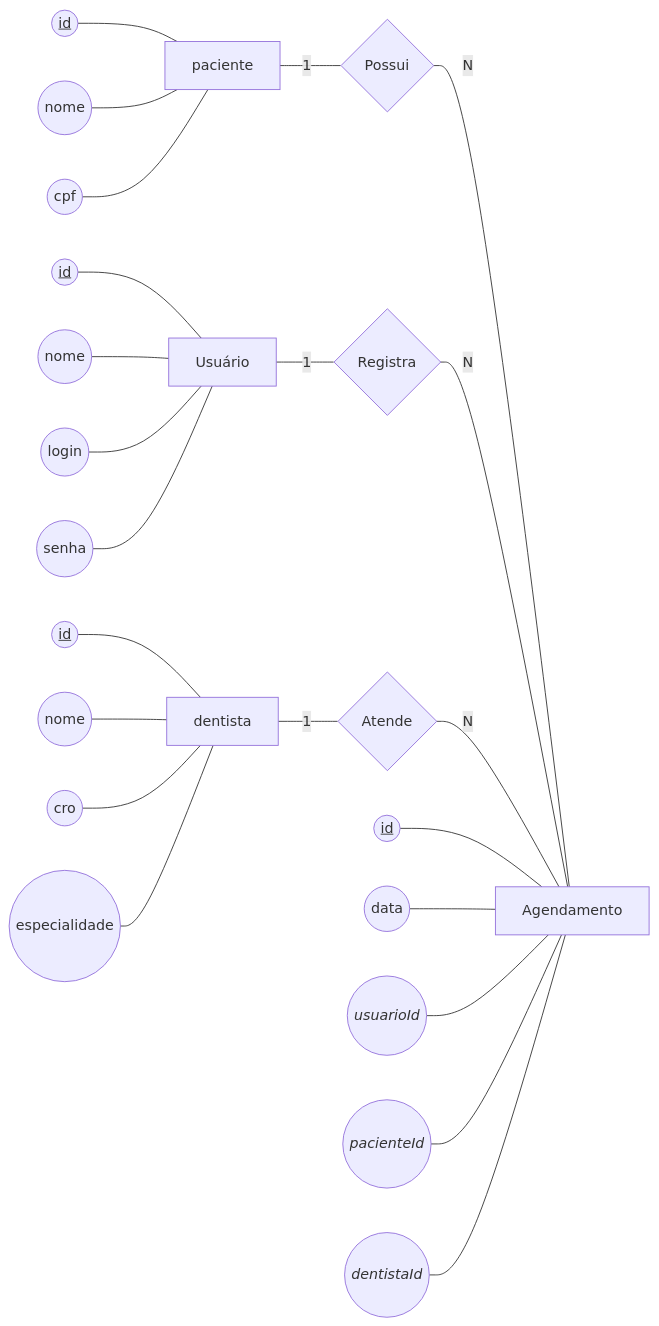
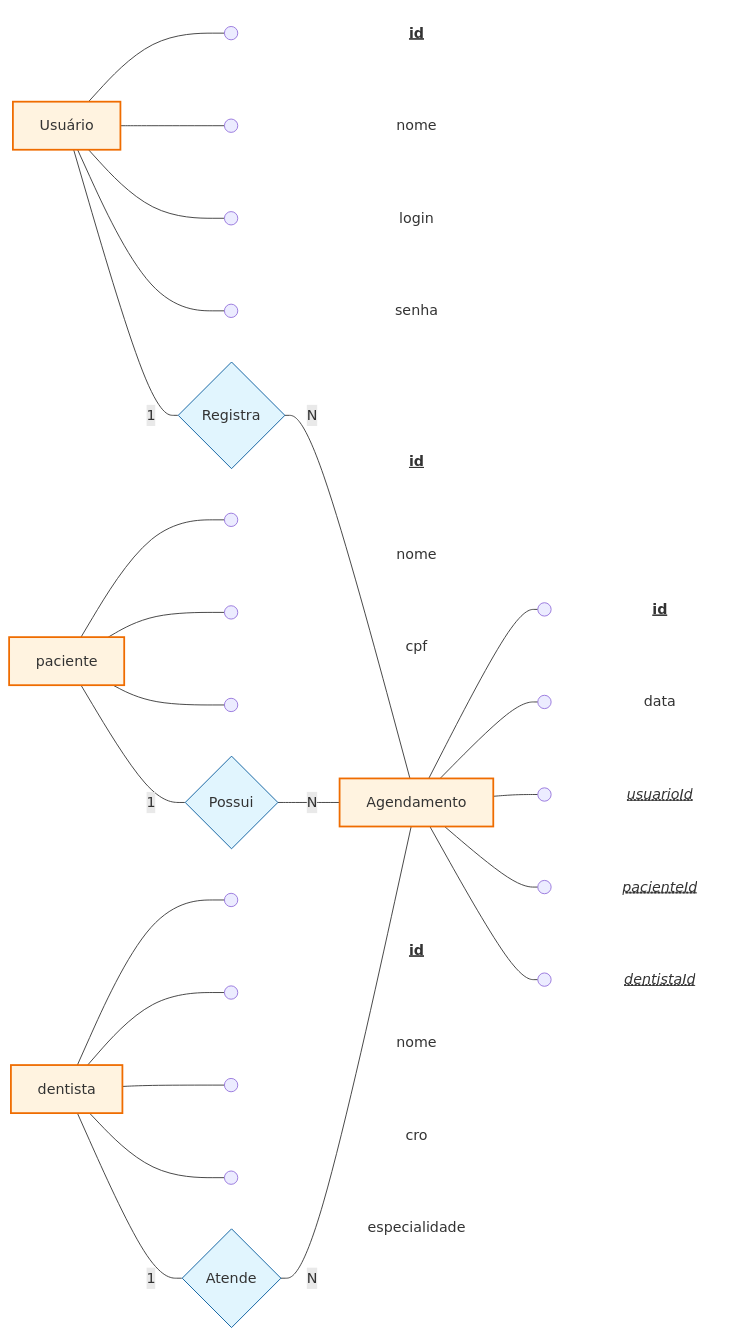
Before and after one commit to wellifabio/senai_dentista_fullstack_2026: the diagram in documentacao.md, drawn with Mermaid.

````diff
--- a/documentacao.md
+++ b/documentacao.md
@@ -22,31 +22,44 @@
 ```mermaid
 flowchart LR
+
+    %% Entidades e Atributos
     Usuario[Usuário]
-    usuario_id((<u>id</u>)) --- Usuario
-    usuario_nome((nome)) --- Usuario
-    usuario_login((login)) --- Usuario
-    usuario_senha((senha)) --- Usuario
+    Usuario --- c1(( )) ~~~ t1[id]:::pk
+    Usuario --- c2(( )) ~~~ t2[nome]
+    Usuario --- c3(( )) ~~~ t3[login]
+    Usuario --- c4(( )) ~~~ t4[senha]
     
-    paciente[paciente]
-    paciente_id((<u>id</u>)) --- paciente
-    paciente_nome((nome)) --- paciente
-    paciente_cpf((cpf)) --- paciente
+    Paciente[paciente]
+    Paciente --- c5(( )) ~~~ t5[id]:::pk
+    Paciente --- c6(( )) ~~~ t6[nome]
+    Paciente --- c7(( )) ~~~ t7[cpf]
 
-    dentista[dentista]
-    dentista_id((<u>id</u>)) --- dentista
-    dentista_nome((nome)) --- dentista
-    dentista_cro((cro)) --- dentista
-    dentista_especialidade((especialidade)) --- dentista
-    
-    paciente ---|1| Possui{Possui} ---|N| Agendamento
-    Usuario ---|1| Registra{Registra} ---|N| Agendamento
-    dentista ---|1| Atende{Atende} ---|N| Agendamento
+    Dentista[dentista]
+    Dentista --- c8(( )) ~~~ t8[id]:::pk
+    Dentista --- c9(( )) ~~~ t9[nome]
+    Dentista --- c10(( )) ~~~ t10[cro]
+    Dentista --- c11(( )) ~~~ t11[especialidade]
 
     Agendamento[Agendamento]
-    agendamento_id((<u>id</u>)) --- Agendamento
-    agendamento_data((data)) --- Agendamento
-    agendamento_usuario_id((<i>usuarioId</i>)) --- Agendamento
-    agendamento_paciente_id((<i>pacienteId</i>)) --- Agendamento
-    agendamento_dentista_id((<i>dentistaId</i>)) --- Agendamento
+    Agendamento --- c12(( )) ~~~ t12[id]:::pk
+    Agendamento --- c13(( )) ~~~ t13[data]
+    Agendamento --- c14(( )) ~~~ t14[usuarioId]
+    Agendamento --- c15(( )) ~~~ t15[pacienteId]
+    Agendamento --- c16(( )) ~~~ t16[dentistaId]
+    
+    %% Relacionamentos
+    Paciente ---|1| Possui{Possui} ---|N| Agendamento
+    Usuario ---|1| Registra{Registra} ---|N| Agendamento
+    Dentista ---|1| Atende{Atende} ---|N| Agendamento
 
+    %% Estilização
+    classDef pk font-weight:bold,text-decoration:underline;
+    classDef fk font-style:italic,text-decoration:underline dotted;
+    classDef entidades fill:#fff3e0,stroke:#ef6c00,stroke-width:2px;
+    classDef relacionamentos fill:#e1f5fe,stroke:#01579b,stroke-width:1px;
+    classDef atributos fill:none,stroke:none;
+    class t1,t2,t3,t4,t5,t6,t7,t8,t9,t10,t11,t12,t13,t14,t15,t16 atributos
+    class t14,t15,t16 fk
+    class Usuario,Paciente,Dentista,Agendamento entidades
+    class Possui,Registra,Atende relacionamentos
 ```
````
